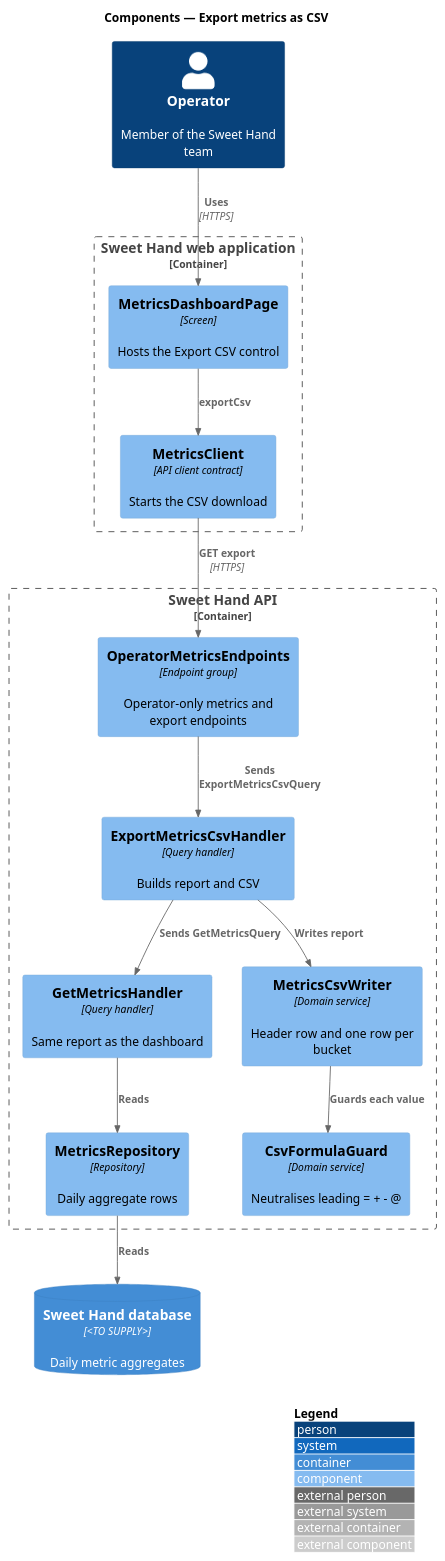
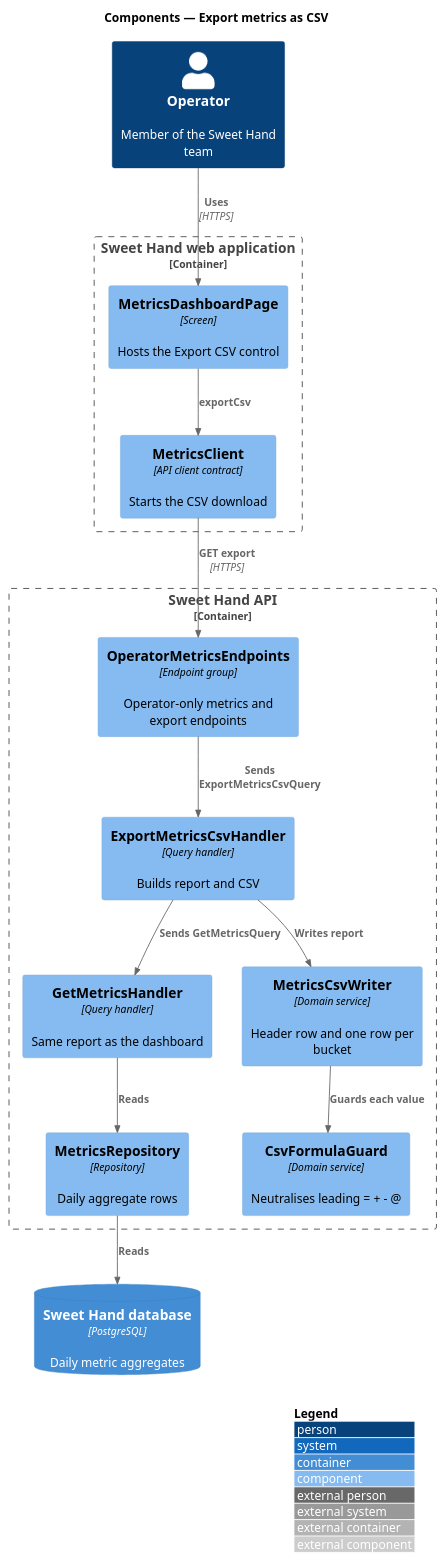
One commit to QuinntyneBrown/sweet-hand changed the diagram in docs/detailed-designs/metrics/export-metrics/diagrams/c4-component.puml. Above: the diagram before and after it, drawn with PlantUML. The commit also changed 14 other files, not shown here.

```diff
--- a/docs/detailed-designs/metrics/export-metrics/diagrams/c4-component.puml
+++ b/docs/detailed-designs/metrics/export-metrics/diagrams/c4-component.puml
@@ -1,32 +1,32 @@
 @startuml
 !include <C4/C4_Component>
 LAYOUT_WITH_LEGEND()
 title Components — Export metrics as CSV
 
 Person(operator, "Operator", "Member of the Sweet Hand team")
 
 Container_Boundary(web, "Sweet Hand web application") {
   Component(page, "MetricsDashboardPage", "Screen", "Hosts the Export CSV control")
   Component(client, "MetricsClient", "API client contract", "Starts the CSV download")
 }
 
 Container_Boundary(api, "Sweet Hand API") {
   Component(endpoints, "OperatorMetricsEndpoints", "Endpoint group", "Operator-only metrics and export endpoints")
   Component(exportH, "ExportMetricsCsvHandler", "Query handler", "Builds report and CSV")
   Component(getH, "GetMetricsHandler", "Query handler", "Same report as the dashboard")
   Component(writer, "MetricsCsvWriter", "Domain service", "Header row and one row per bucket")
   Component(guard, "CsvFormulaGuard", "Domain service", "Neutralises leading = + - @")
   Component(repo, "MetricsRepository", "Repository", "Daily aggregate rows")
 }
-ContainerDb(db, "Sweet Hand database", "<TO SUPPLY>", "Daily metric aggregates")
+ContainerDb(db, "Sweet Hand database", "PostgreSQL", "Daily metric aggregates")
 
 Rel(operator, page, "Uses", "HTTPS")
 Rel(page, client, "exportCsv")
 Rel(client, endpoints, "GET export", "HTTPS")
 Rel(endpoints, exportH, "Sends ExportMetricsCsvQuery")
 Rel(exportH, getH, "Sends GetMetricsQuery")
 Rel(getH, repo, "Reads")
 Rel(repo, db, "Reads")
 Rel(exportH, writer, "Writes report")
 Rel(writer, guard, "Guards each value")
 @enduml
```
